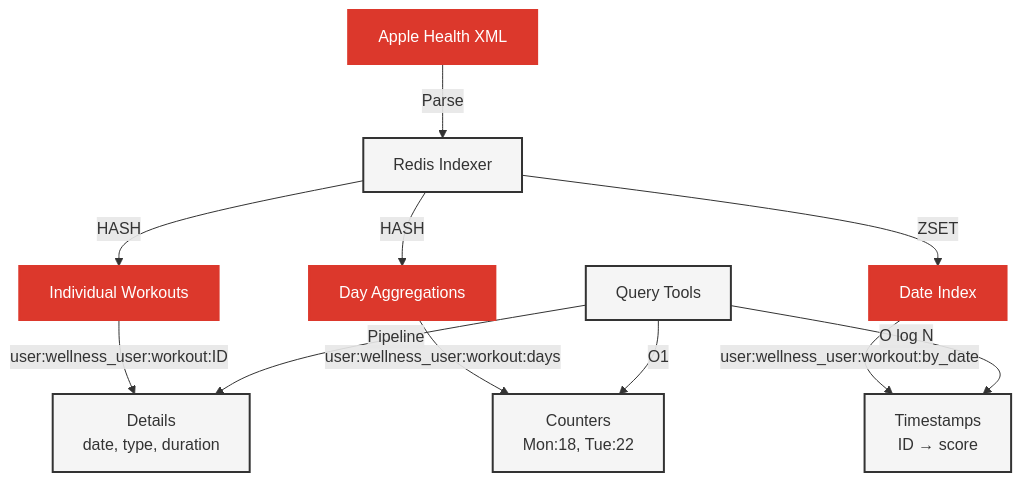
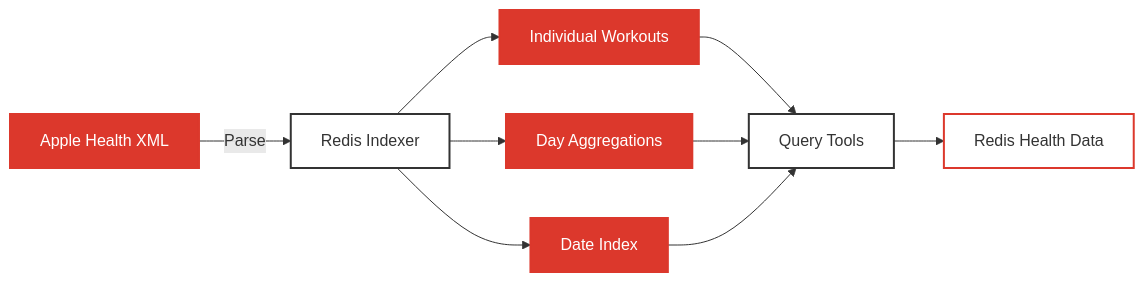
One commit to AllieRays/redis-wellness changed the third of 4 diagrams in docs/11_REDIS_PATTERNS.md. Above: the diagram before and after it, drawn with Mermaid. The commit also changed other lines of this file and 4 other files, not shown here.

````diff
--- a/docs/11_REDIS_PATTERNS.md
+++ b/docs/11_REDIS_PATTERNS.md
@@ -300,26 +306,21 @@
 ```mermaid
-flowchart TD
+flowchart LR
     A[Apple Health XML] -->|Parse| B[Redis Indexer]
+    B --> C[Individual Workouts]
+    B --> D[Day Aggregations]
+    B --> E[Date Index]
 
-    B -->|HASH| C[Individual Workouts]
-    B -->|HASH| D[Day Aggregations]
-    B -->|ZSET| E[Date Index]
+    C --> F[Query Tools]
+    D --> F
+    E --> F
 
-    C -->|user:wellness_user:workout:ID| C1[Details<br/>date, type, duration]
-    D -->|user:wellness_user:workout:days| D1[Counters<br/>Mon:18, Tue:22]
-    E -->|user:wellness_user:workout:by_date| E1[Timestamps<br/>ID → score]
-
-    F[Query Tools] -->|O1| D1
-    F -->|O log N| E1
-    F -->|Pipeline| C1
+    F --> G[Redis Health Data]
 
     style A fill:#DC382C,stroke:#DC382C,stroke-width:2px,color:#fff
-    style B fill:#f5f5f5,stroke:#333,stroke-width:2px
+    style B fill:#fff,stroke:#333,stroke-width:2px
     style C fill:#DC382C,stroke:#DC382C,stroke-width:2px,color:#fff
     style D fill:#DC382C,stroke:#DC382C,stroke-width:2px,color:#fff
     style E fill:#DC382C,stroke:#DC382C,stroke-width:2px,color:#fff
-    style F fill:#f5f5f5,stroke:#333,stroke-width:2px
-    style C1 fill:#f5f5f5,stroke:#333,stroke-width:2px
-    style D1 fill:#f5f5f5,stroke:#333,stroke-width:2px
-    style E1 fill:#f5f5f5,stroke:#333,stroke-width:2px
+    style F fill:#fff,stroke:#333,stroke-width:2px
+    style G fill:#fff,stroke:#DC382C,stroke-width:2px
 ```
````
